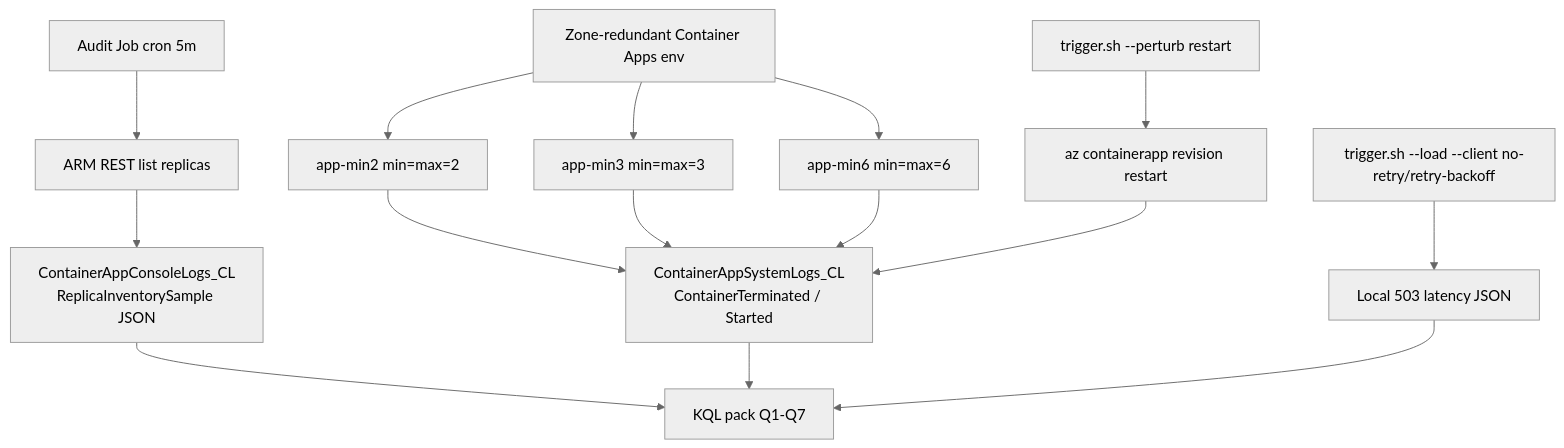
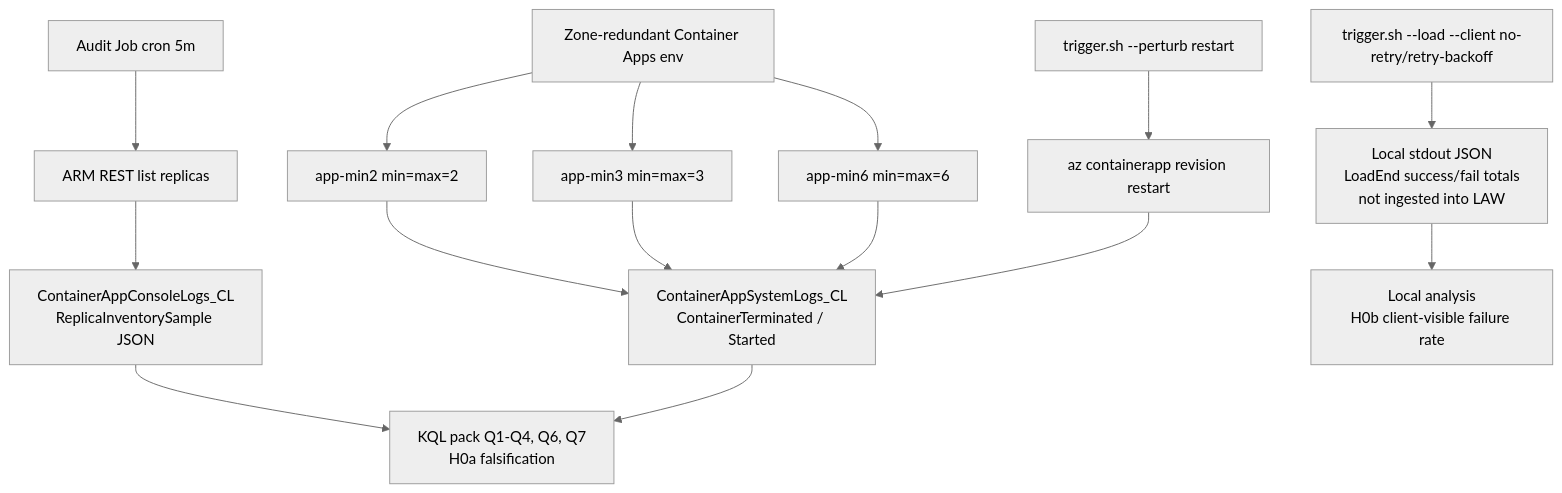
The diagram in docs/troubleshooting/lab-guides/zone-redundancy-best-effort.md (yeongseon/azure-container-apps-practical-guide), drawn with Mermaid (neutral theme) before and after one commit. The commit also changed other lines of this file and 3 other files, not shown here.

First line of the commit message:
docs: narrow H0b to local trigger.sh totals and harden audit sampler per Oracle R6

````diff
--- a/docs/troubleshooting/lab-guides/zone-redundancy-best-effort.md
+++ b/docs/troubleshooting/lab-guides/zone-redundancy-best-effort.md
@@ -62,17 +62,17 @@
 ```mermaid
 flowchart TD
     A[Zone-redundant Container Apps env] --> B[app-min2 min=max=2]
     A --> C[app-min3 min=max=3]
     A --> D[app-min6 min=max=6]
     E[Audit Job cron 5m] --> F[ARM REST list replicas]
     F --> G[ContainerAppConsoleLogs_CL<br/>ReplicaInventorySample JSON]
     B --> H[ContainerAppSystemLogs_CL<br/>ContainerTerminated / Started]
     C --> H
     D --> H
     I[trigger.sh --perturb restart] --> J[az containerapp revision restart]
     J --> H
-    K[trigger.sh --load --client no-retry/retry-backoff] --> L[Local 503 latency JSON]
-    G --> M[KQL pack Q1-Q7]
+    K[trigger.sh --load --client no-retry/retry-backoff] --> L[Local stdout JSON<br/>LoadEnd success/fail totals<br/>not ingested into LAW]
+    G --> M[KQL pack Q1-Q4, Q6, Q7<br/>H0a falsification]
     H --> M
-    L --> M
+    L --> N[Local analysis<br/>H0b client-visible failure rate]
 ```
````
